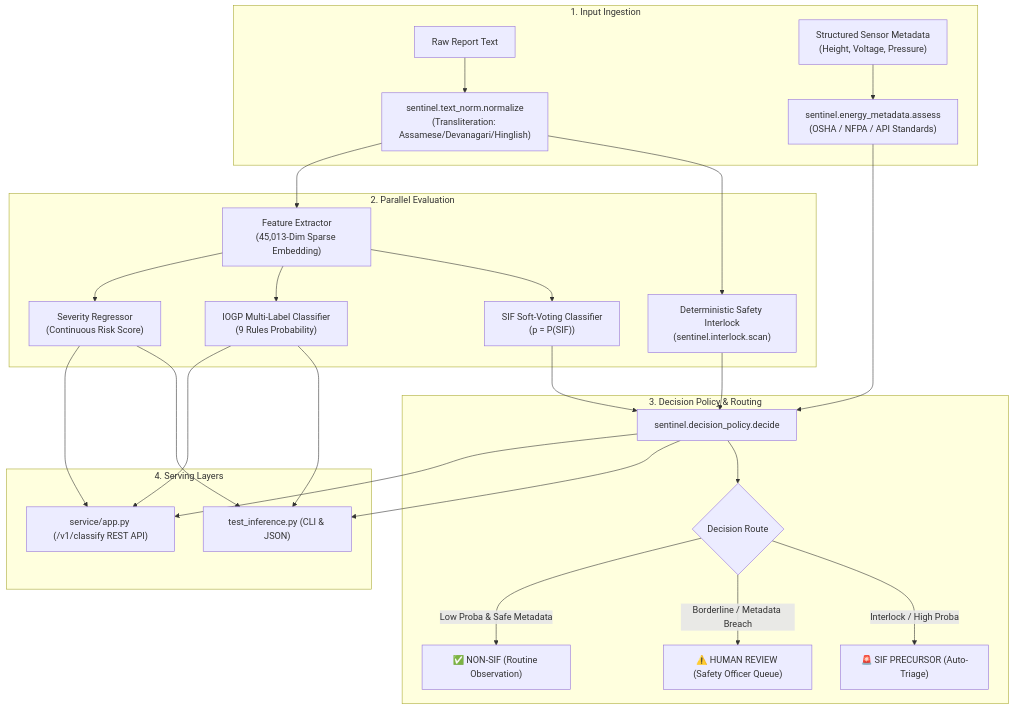
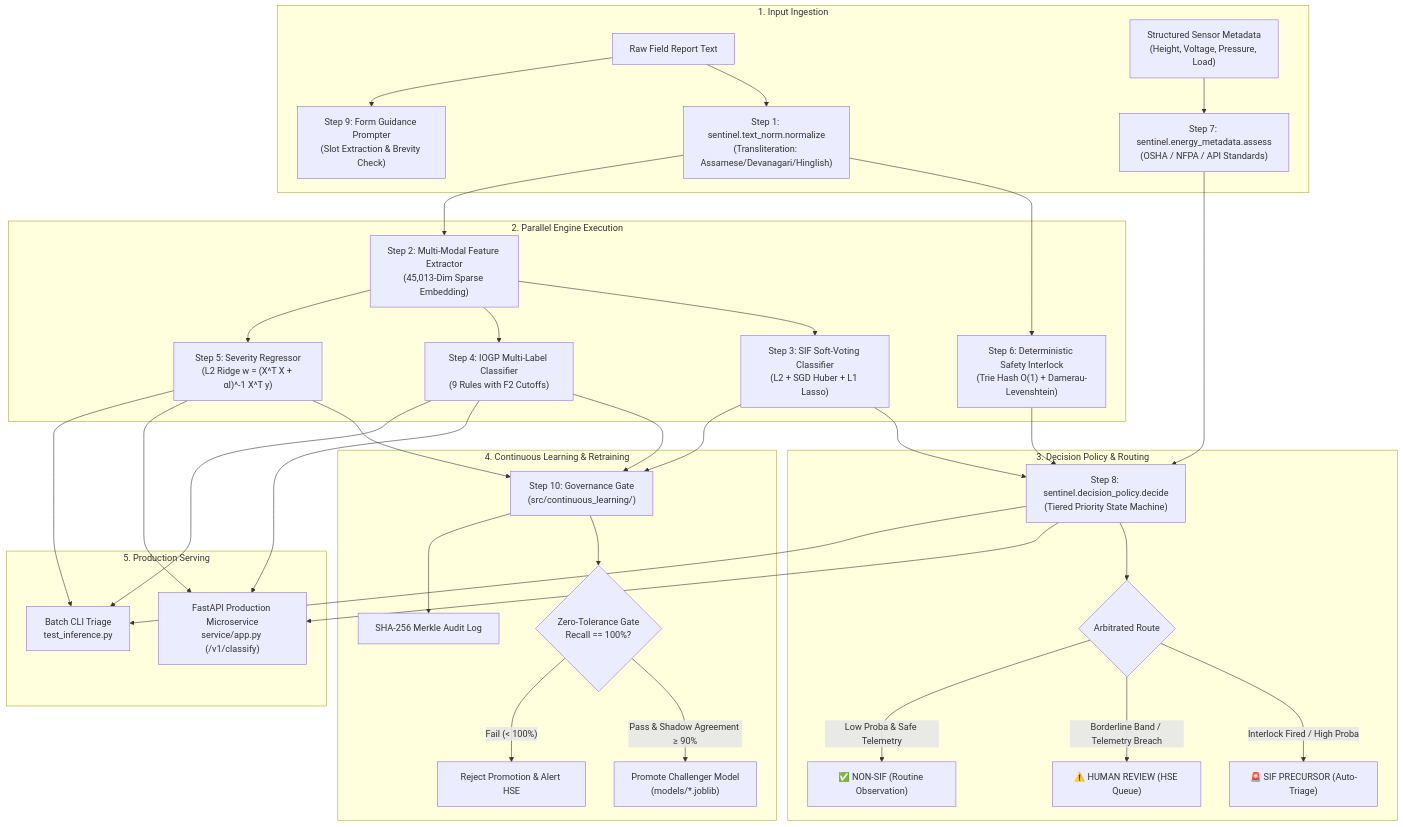
The second of 2 diagrams in MODEL_CARD.md (altKrrish/Team-Sentinels), drawn with Mermaid before and after one commit. The commit also changed other lines of this file and 1 other file, not shown here.

Commit message:
docs(model-card): align repo name with Team-Sentinels and specify step-by-step algorithms and mathematical formulations

````diff
--- a/MODEL_CARD.md
+++ b/MODEL_CARD.md
@@ -130,30 +370,39 @@
 ```mermaid
 flowchart TD
     subgraph INGESTION ["1. Input Ingestion"]
-        A["Raw Report Text"] --> B["sentinel.text_norm.normalize<br/>(Transliteration: Assamese/Devanagari/Hinglish)"]
-        C["Structured Sensor Metadata<br/>(Height, Voltage, Pressure)"] --> D["sentinel.energy_metadata.assess<br/>(OSHA / NFPA / API Standards)"]
+        A["Raw Field Report Text"] --> B["Step 1: sentinel.text_norm.normalize<br/>(Transliteration: Assamese/Devanagari/Hinglish)"]
+        C["Structured Sensor Metadata<br/>(Height, Voltage, Pressure, Load)"] --> D["Step 7: sentinel.energy_metadata.assess<br/>(OSHA / NFPA / API Standards)"]
+        A --> Q["Step 9: Form Guidance Prompter<br/>(Slot Extraction & Brevity Check)"]
     end
 
-    subgraph ENGINES ["2. Parallel Evaluation"]
-        B --> E["Deterministic Safety Interlock<br/>(sentinel.interlock.scan)"]
-        B --> F["Feature Extractor<br/>(45,013-Dim Sparse Embedding)"]
-        F --> G["SIF Soft-Voting Classifier<br/>(p = P(SIF))"]
-        F --> H["IOGP Multi-Label Classifier<br/>(9 Rules Probability)"]
-        F --> I["Severity Regressor<br/>(Continuous Risk Score)"]
+    subgraph ENGINES ["2. Parallel Engine Execution"]
+        B --> E["Step 6: Deterministic Safety Interlock<br/>(Trie Hash O(1) + Damerau-Levenshtein)"]
+        B --> F["Step 2: Multi-Modal Feature Extractor<br/>(45,013-Dim Sparse Embedding)"]
+        F --> G["Step 3: SIF Soft-Voting Classifier<br/>(L2 + SGD Huber + L1 Lasso)"]
+        F --> H["Step 4: IOGP Multi-Label Classifier<br/>(9 Rules with F2 Cutoffs)"]
+        F --> I["Step 5: Severity Regressor<br/>(L2 Ridge w = (X^T X + αI)^-1 X^T y)"]
     end
 
     subgraph ARBITRATION ["3. Decision Policy & Routing"]
-        E --> J["sentinel.decision_policy.decide"]
+        E --> J["Step 8: sentinel.decision_policy.decide<br/>(Tiered Priority State Machine)"]
         D --> J
         G --> J
-        J --> K{"Decision Route"}
-        K -- "Interlock / High Proba" --> L["🚨 SIF PRECURSOR (Auto-Triage)"]
-        K -- "Borderline / Metadata Breach" --> M["⚠️ HUMAN REVIEW (Safety Officer Queue)"]
-        K -- "Low Proba & Safe Metadata" --> N["✅ NON-SIF (Routine Observation)"]
+        J --> K{"Arbitrated Route"}
+        K -- "Interlock Fired / High Proba" --> L["🚨 SIF PRECURSOR (Auto-Triage)"]
+        K -- "Borderline Band / Telemetry Breach" --> M["⚠️ HUMAN REVIEW (HSE Queue)"]
+        K -- "Low Proba & Safe Telemetry" --> N["✅ NON-SIF (Routine Observation)"]
     end
 
-    subgraph SERVING ["4. Serving Layers"]
-        J & H & I --> O["test_inference.py (CLI & JSON)"]
-        J & H & I --> P["service/app.py (/v1/classify REST API)"]
+    subgraph GOVERNANCE ["4. Continuous Learning & Retraining"]
+        G & H & I --> R["Step 10: Governance Gate<br/>(src/continuous_learning/)"]
+        R --> S{"Zero-Tolerance Gate<br/>Recall == 100%?"}
+        S -- "Pass & Shadow Agreement ≥ 90%" --> T["Promote Challenger Model<br/>(models/*.joblib)"]
+        S -- "Fail (< 100%)" --> U["Reject Promotion & Alert HSE"]
+        R --> V["SHA-256 Merkle Audit Log"]
+    end
+
+    subgraph SERVING ["5. Production Serving"]
+        J & H & I --> W["FastAPI Production Microservice<br/>service/app.py (/v1/classify)"]
+        J & H & I --> X["Batch CLI Triage<br/>test_inference.py"]
     end
 ```
````
